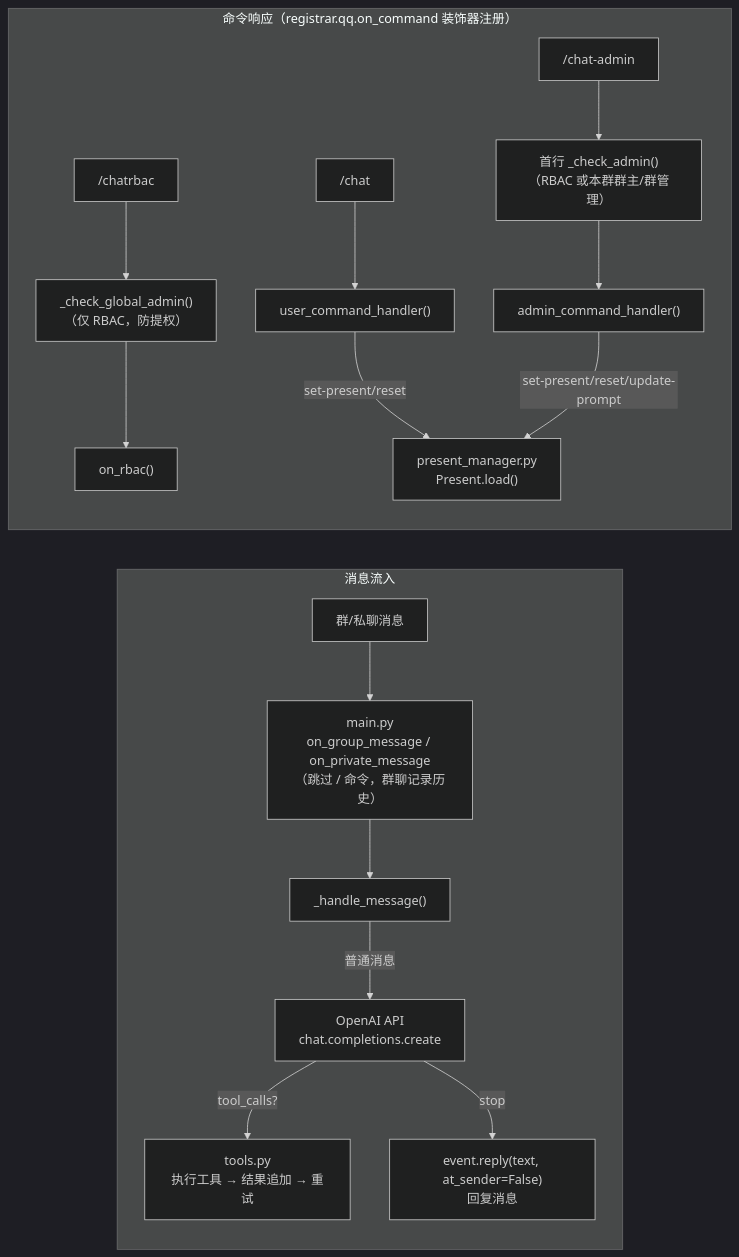
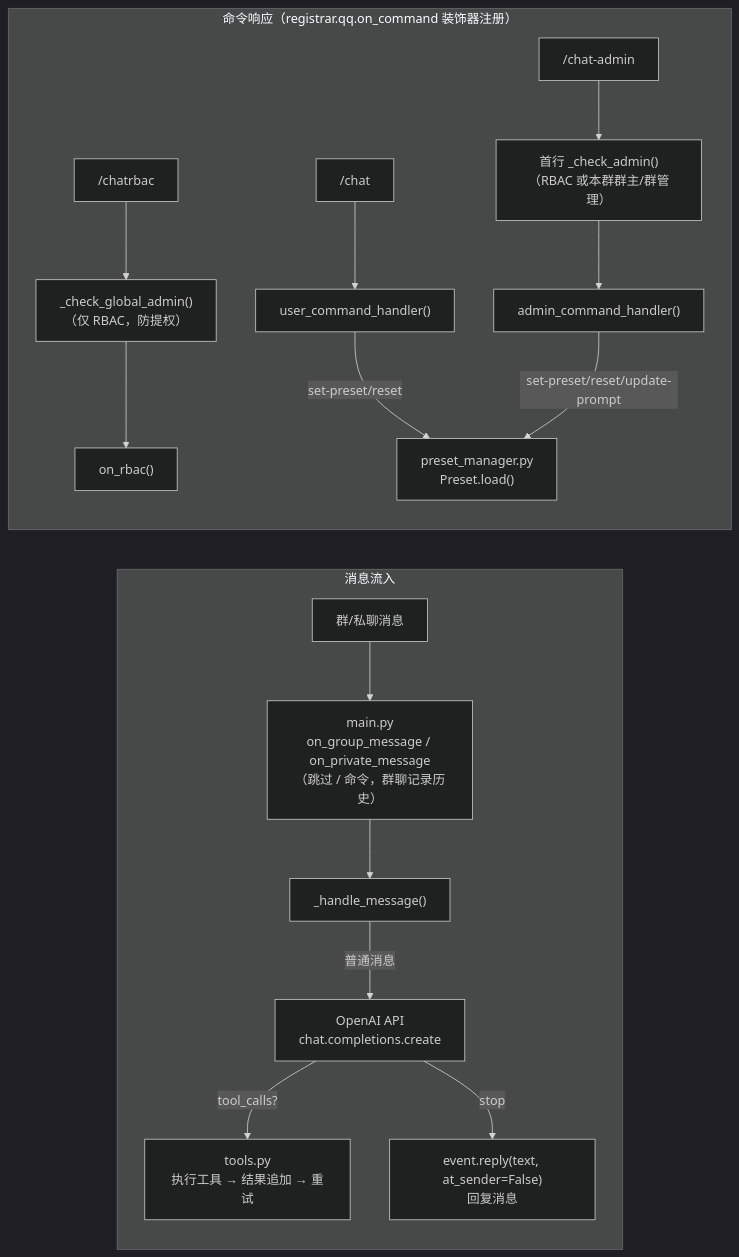
The second of 3 diagrams in AGENTS.md (Yang-qwq/openai_chat_plugin), drawn with Mermaid (dark theme) before and after one commit. The commit also changed other lines of this file and 9 other files, not shown here.

````diff
--- a/AGENTS.md
+++ b/AGENTS.md
@@ -49,18 +49,18 @@
 ```mermaid
 flowchart LR
     subgraph In["消息流入"]
         MQ[群/私聊消息]-->Entry["main.py<br/>on_group_message / on_private_message<br/>（跳过 / 命令，群聊记录历史）"]
         Entry-->Handle["_handle_message()"]
         Handle-->|"普通消息"|AI["OpenAI API<br/>chat.completions.create"]
         AI-->|"tool_calls?"|Tools["tools.py<br/>执行工具 → 结果追加 → 重试"]
         AI-->|"stop"|Reply["event.reply(text, at_sender=False)<br/>回复消息"]
     end
 
     subgraph CmdFlow["命令响应（registrar.qq.on_command 装饰器注册）"]
         Cmd1["/chat"]-->UserCmd["user_command_handler()"]
         Cmd2["/chat-admin"]-->PermCheck["首行 _check_admin()<br/>（RBAC 或本群群主/群管理）"]-->AdminCmd["admin_command_handler()"]
         Cmd3["/chatrbac"]-->StrictCheck["_check_global_admin()<br/>（仅 RBAC，防提权）"]-->RbacCmd["on_rbac()"]
-        UserCmd-->|"set-present/reset"|PM["present_manager.py<br/>Present.load()"]
-        AdminCmd-->|"set-present/reset/update-prompt"|PM
+        UserCmd-->|"set-preset/reset"|PM["preset_manager.py<br/>Preset.load()"]
+        AdminCmd-->|"set-preset/reset/update-prompt"|PM
     end
 ```
````
